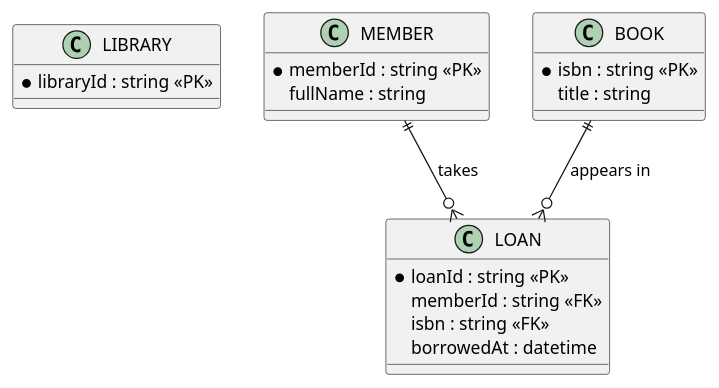
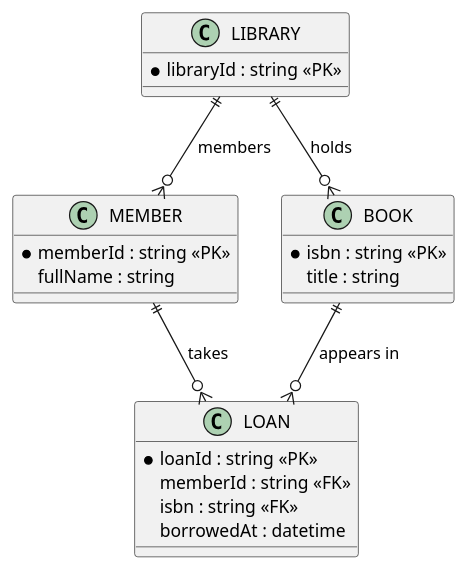
One commit to JonCanning/puml-to-json-schema changed the third of 3 diagrams in README.md. Above: the diagram before and after it, drawn with PlantUML. The commit also changed other lines of this file and 6 other files, not shown here.

````diff
--- a/README.md
+++ b/README.md
@@ -278,23 +288,25 @@
 ```plantuml
 @startuml
 class LIBRARY {
   * libraryId : string <<PK>>
 }
 class MEMBER {
   * memberId : string <<PK>>
   fullName : string
 }
 class BOOK {
   * isbn : string <<PK>>
   title : string
 }
 class LOAN {
   * loanId : string <<PK>>
   memberId : string <<FK>>
   isbn : string <<FK>>
   borrowedAt : datetime
 }
+LIBRARY ||--o{ MEMBER : members
+LIBRARY ||--o{ BOOK : holds
 MEMBER ||--o{ LOAN : takes
 BOOK ||--o{ LOAN : appears in
 @enduml
 ```
````
